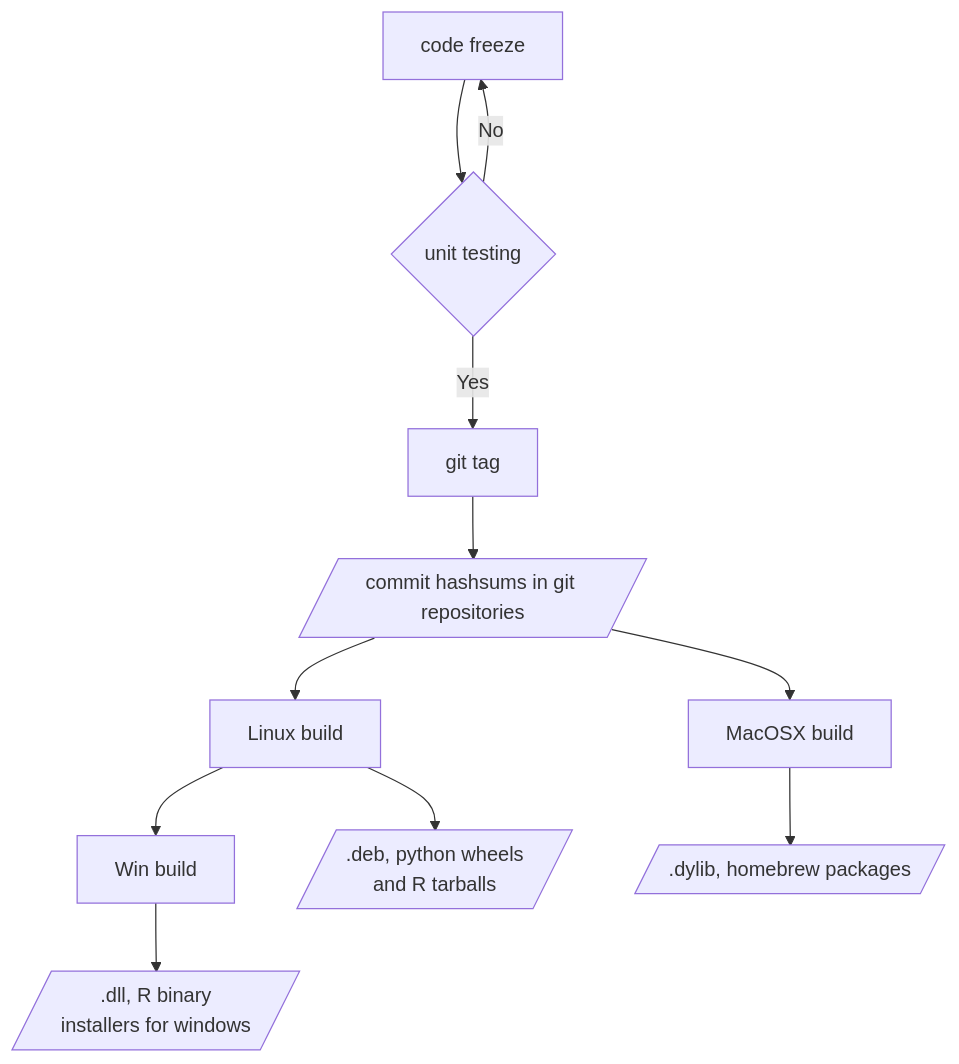
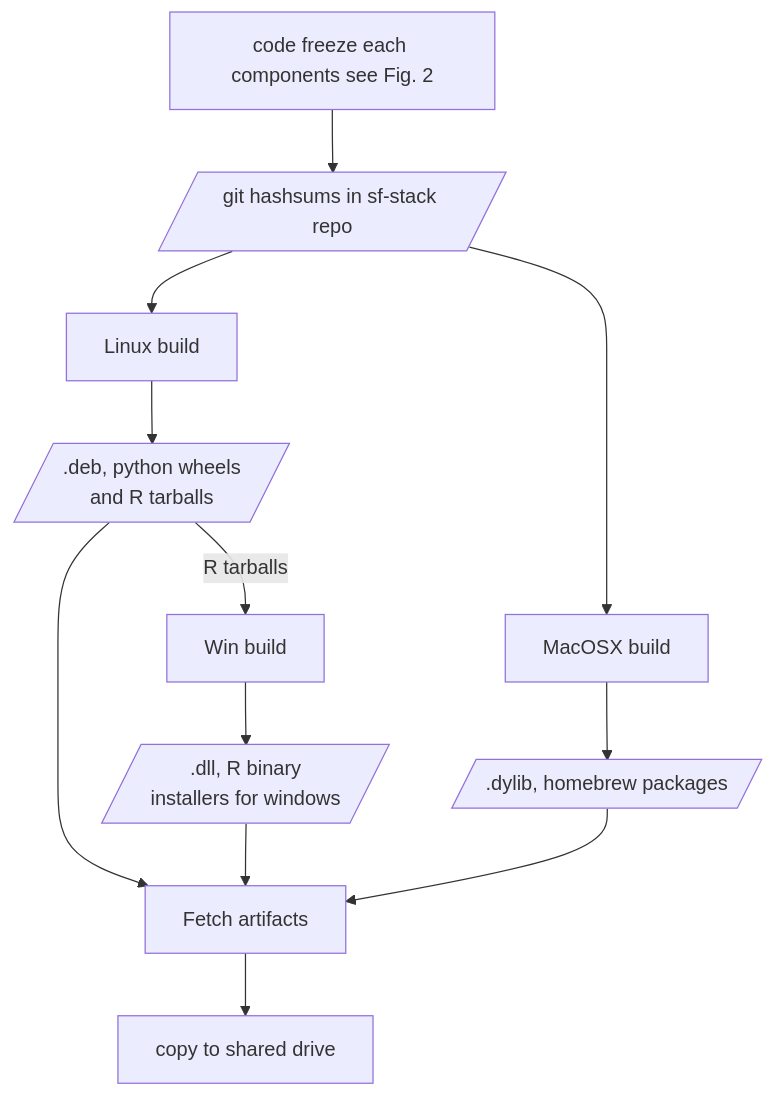
Before and after one commit to csiro-hydroinformatics/streamflow-forecasting-tools-onboard: the first of 2 diagrams in doc/build.qmd, drawn with Mermaid. The commit also changed other lines of this file and 1 other file, not shown here.

````diff
--- a/doc/build.qmd
+++ b/doc/build.qmd
@@ -11,18 +13,23 @@
 ```{mermaid}
 %%| label: fig-simple
 %%| fig-cap: Package build workflow.
 
 flowchart TD
-  A[code freeze] --> B{unit testing}
-  B -->|Yes| C[git tag]
-  B -->|No| A
-  C -->D[/commit hashsums in git repositories/] 
+  A[code freeze each components see Fig. 2] --> D[/git hashsums in sf-stack repo/] 
   D --> E[Linux build]
+  E --> H[/.deb, python wheels \nand R tarballs/] 
   D --> F[MacOSX build]
-  E --> G[Win build]
+  H-- R tarballs --> G[Win build]
 
-  E -->H[/.deb, python wheels \nand R tarballs/] 
   G -->I[/.dll, R binary \ninstallers for windows/] 
   F -->J[/.dylib, homebrew packages/] 
 
+  H --> K[Fetch artifacts]
+  I --> K
+  J --> K
+  K --> L[copy to shared drive]
+
+  click D "https://bitbucket.csiro.au/projects/SF/repos/sf-stack/browse" _blank
+  click K "https://bitbucket.csiro.au/projects/SF/repos/cruise-control/browse/doc/build_pipelines.md" _blank
+
 ```
````
